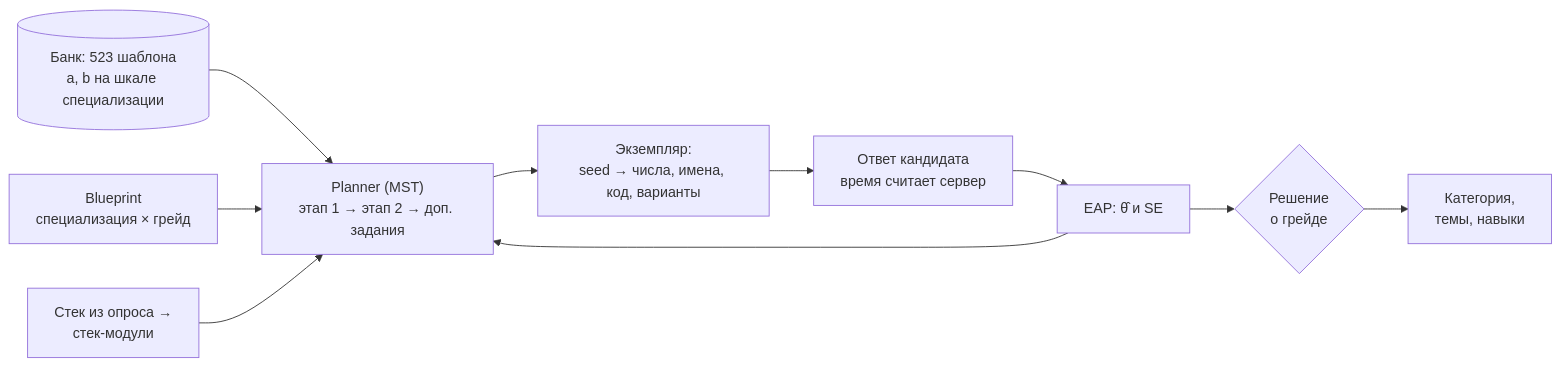
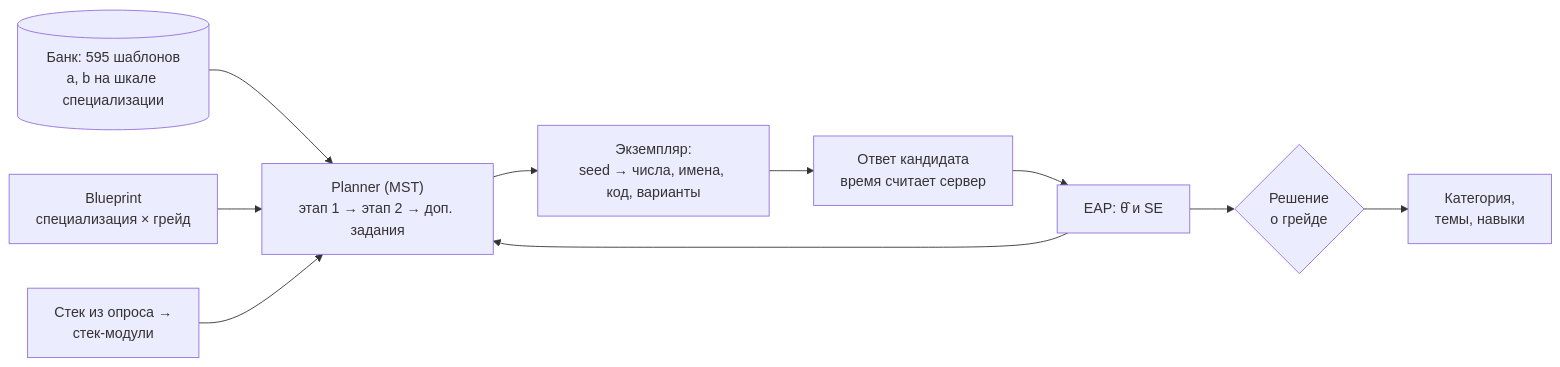
The diagram in docs/testing.md (bojlahg/FSP_ITVacancyAggregator), drawn with Mermaid before and after one commit. The commit also changed other lines of this file and 1 other file, not shown here.

First line of the commit message:
docs: template bank counts after senior-level templates

````diff
--- a/docs/testing.md
+++ b/docs/testing.md
@@ -14,12 +14,12 @@
 ```mermaid
 flowchart LR
-  bank[("Банк: 523 шаблона<br/>a, b на шкале специализации")] --> plan
+  bank[("Банк: 595 шаблонов<br/>a, b на шкале специализации")] --> plan
   bp["Blueprint<br/>специализация × грейд"] --> plan
   stack["Стек из опроса →<br/>стек-модули"] --> plan
   plan["Planner (MST)<br/>этап 1 → этап 2 → доп. задания"] --> inst["Экземпляр:<br/>seed → числа, имена, код, варианты"]
   inst --> ans["Ответ кандидата<br/>время считает сервер"]
   ans --> eap["EAP: θ̂ и SE"]
   eap --> plan
   eap --> dec{"Решение<br/>о грейде"}
   dec --> cat["Категория,<br/>темы, навыки"]
 ```
````
